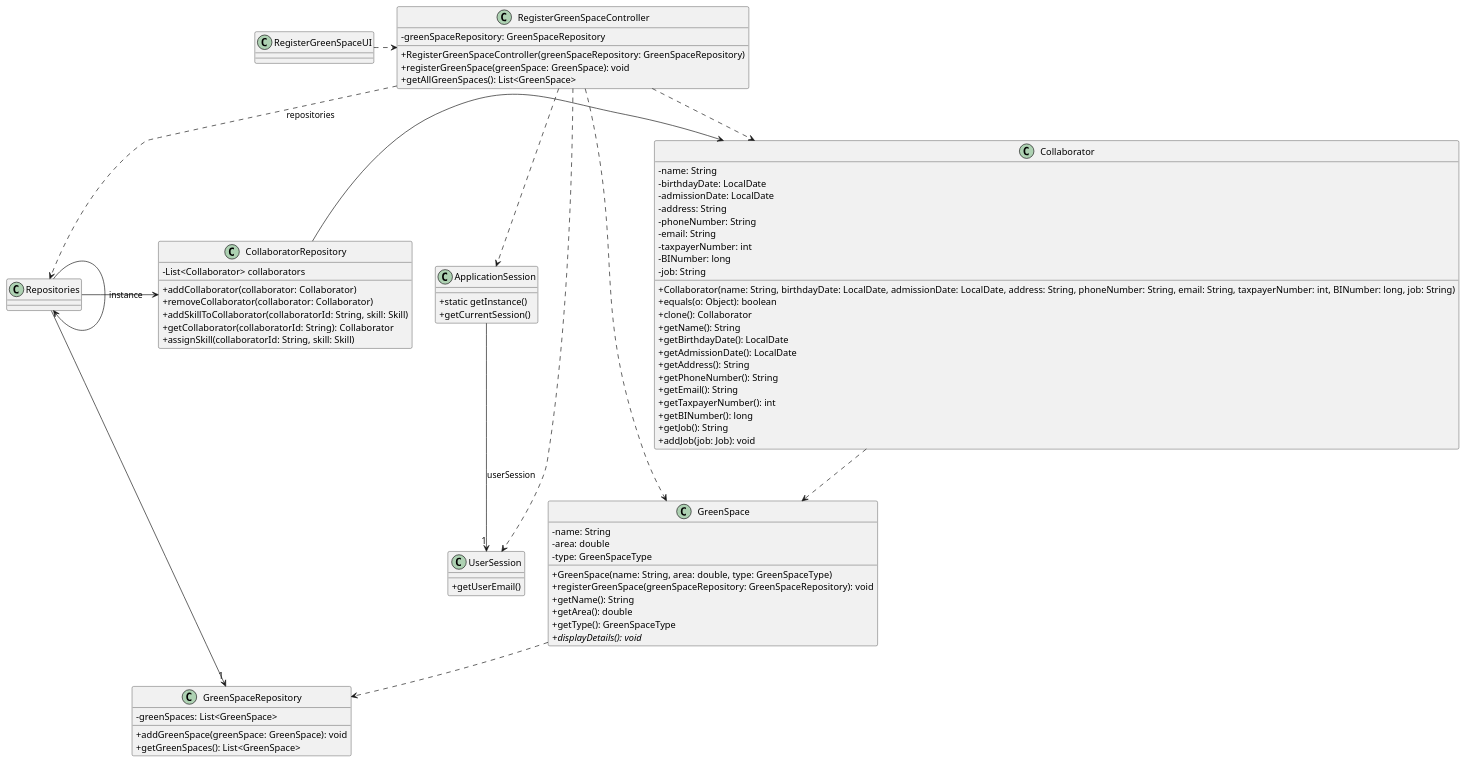
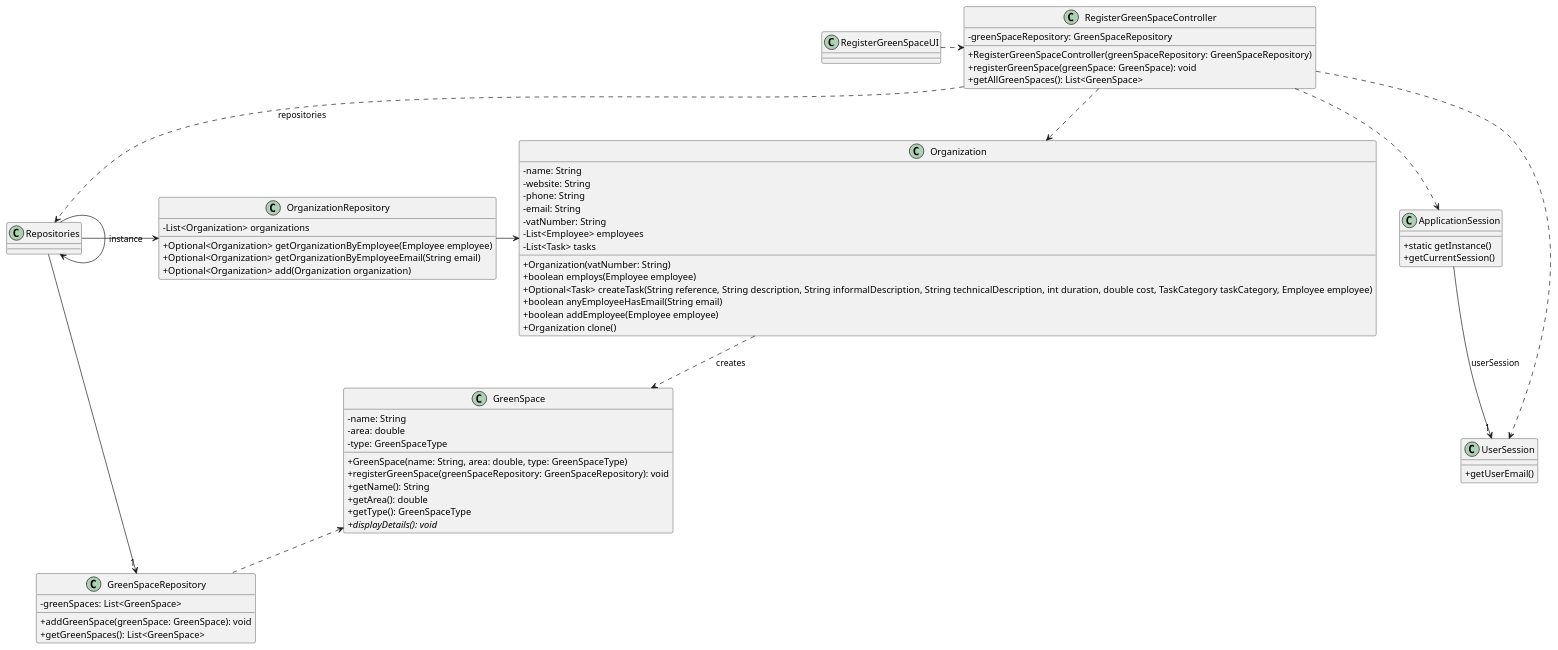
Before and after one commit to Departamento-de-Engenharia-Informatica/greenspace-management: the diagram in docs/sprintC/us020/03.design/puml/us020-class-diagram.puml, drawn with PlantUML. The commit also changed 17 other files, not shown here.

```diff
--- a/docs/sprintC/us020/03.design/puml/us020-class-diagram.puml
+++ b/docs/sprintC/us020/03.design/puml/us020-class-diagram.puml
@@ -1,112 +1,98 @@
 @startuml
 
 'skinparam monochrome true
 skinparam packageStyle rectangle
 skinparam shadowing false
 skinparam linetype polyline
 skinparam linetype orto
 
 skinparam classAttributeIconSize 0
 
 'left to right direction
 
 class ApplicationSession
 {
     + static getInstance()
     + getCurrentSession()
 }
 
 class UserSession
 {
     + getUserEmail()
 }
 
 class GreenSpace {
     - name: String
     - area: double
     - type: GreenSpaceType
 
     + GreenSpace(name: String, area: double, type: GreenSpaceType)
     + registerGreenSpace(greenSpaceRepository: GreenSpaceRepository): void
     + getName(): String
     + getArea(): double
     + getType(): GreenSpaceType
     {abstract} + displayDetails(): void
 }
 
-class Collaborator {
+class Organization {
     - name: String
-    - birthdayDate: LocalDate
-    - admissionDate: LocalDate
-    - address: String
-    - phoneNumber: String
+    - website: String
+    - phone: String
     - email: String
-    - taxpayerNumber: int
-    - BINumber: long
-    - job: String
-    + Collaborator(name: String, birthdayDate: LocalDate, admissionDate: LocalDate, address: String, phoneNumber: String, email: String, taxpayerNumber: int, BINumber: long, job: String)
-    + equals(o: Object): boolean
-    + clone(): Collaborator
-    + getName(): String
-    + getBirthdayDate(): LocalDate
-    + getAdmissionDate(): LocalDate
-    + getAddress(): String
-    + getPhoneNumber(): String
-    + getEmail(): String
-    + getTaxpayerNumber(): int
-    + getBINumber(): long
-    + getJob(): String
-    + addJob(job: Job): void
+    - vatNumber: String
+    - List<Employee> employees
+    - List<Task> tasks
+
+    + Organization(vatNumber: String)
+    + boolean employs(Employee employee)
+    + Optional<Task> createTask(String reference, String description, String informalDescription, String technicalDescription, int duration, double cost, TaskCategory taskCategory, Employee employee)
+    + boolean anyEmployeeHasEmail(String email)
+    + boolean addEmployee(Employee employee)
+    + Organization clone()
 }
 
-class CollaboratorRepository {
-    - List<Collaborator> collaborators
+class OrganizationRepository {
+    - List<Organization> organizations
 
-    + addCollaborator(collaborator: Collaborator)
-    + removeCollaborator(collaborator: Collaborator)
-    + addSkillToCollaborator(collaboratorId: String, skill: Skill)
-    + getCollaborator(collaboratorId: String): Collaborator
-    + assignSkill(collaboratorId: String, skill: Skill)
+    + Optional<Organization> getOrganizationByEmployee(Employee employee)
+    + Optional<Organization> getOrganizationByEmployeeEmail(String email)
+    + Optional<Organization> add(Organization organization)
 }
 
 class GreenSpaceRepository {
     - greenSpaces: List<GreenSpace>
 
     + addGreenSpace(greenSpace: GreenSpace): void
     + getGreenSpaces(): List<GreenSpace>
 }
 
 class RegisterGreenSpaceController {
     - greenSpaceRepository: GreenSpaceRepository
 
     + RegisterGreenSpaceController(greenSpaceRepository: GreenSpaceRepository)
     + registerGreenSpace(greenSpace: GreenSpace): void
     + getAllGreenSpaces(): List<GreenSpace>
 }
 
 
 ApplicationSession --> "1" UserSession : userSession
 
 RegisterGreenSpaceController ..> ApplicationSession
 RegisterGreenSpaceController ..> UserSession
 
 Repositories -> Repositories : instance
 
 RegisterGreenSpaceUI .> RegisterGreenSpaceController
 
 RegisterGreenSpaceController .> Repositories : repositories
 
 Repositories -> "1" GreenSpaceRepository
-Repositories -> CollaboratorRepository
-CollaboratorRepository-> Collaborator
+Repositories -> OrganizationRepository
+OrganizationRepository -> Organization
 
-Collaborator ..> GreenSpace
-RegisterGreenSpaceController ..> Collaborator
+Organization ..> GreenSpace : creates
+RegisterGreenSpaceController ..> Organization
 
-RegisterGreenSpaceController ..> GreenSpace
-GreenSpace ..> GreenSpaceRepository
-
-' Legenda
-
+GreenSpace <.. GreenSpaceRepository
 
 @enduml
```
